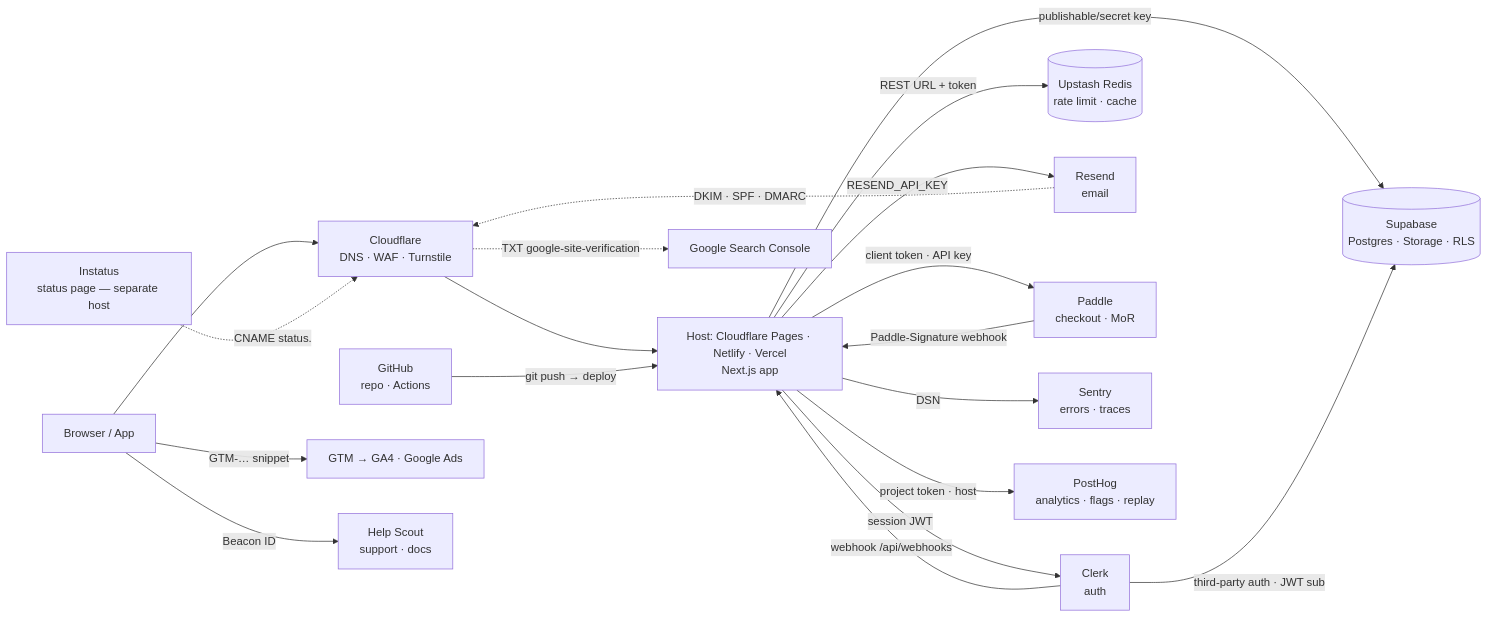
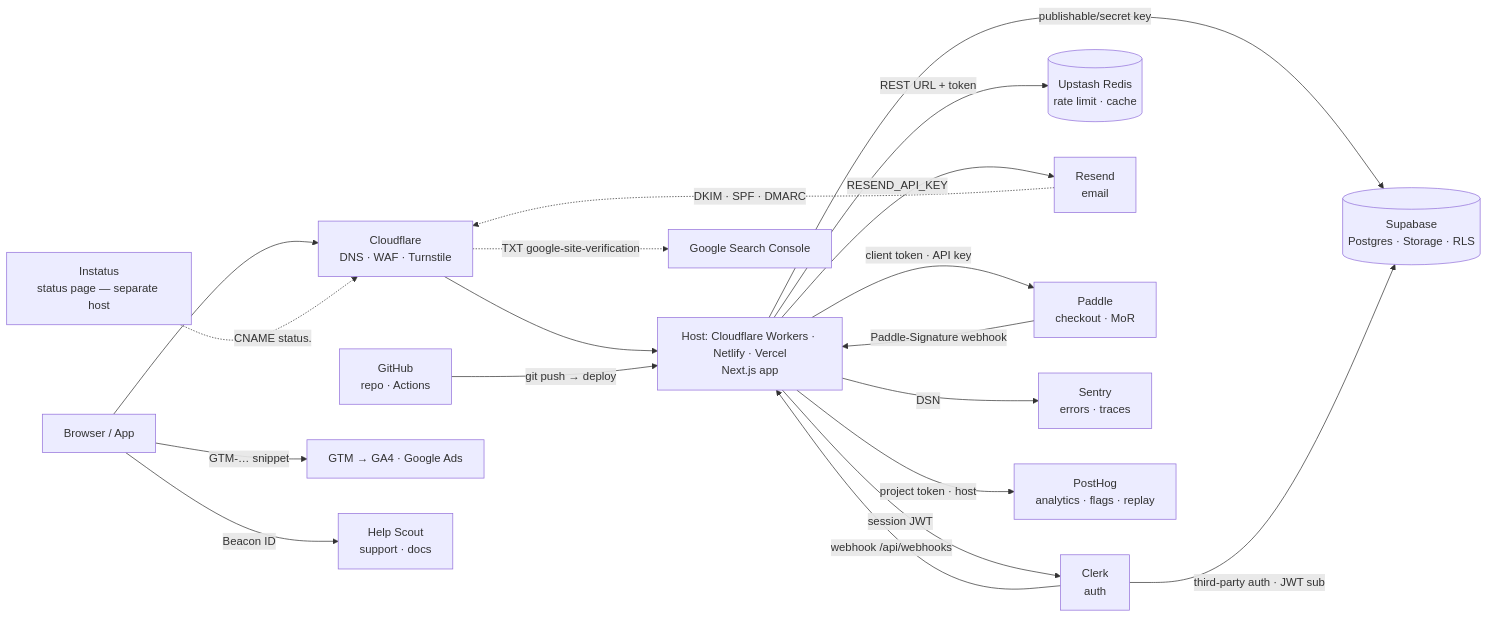
Before and after one commit to kikearciniegas/vibe-to-product: the diagram in skills/v2p/references/stack/overview.md, drawn with Mermaid. The commit also changed other lines of this file and 3 other files, not shown here.

Commit message:
Stack: Next.js on Cloudflare Workers (Pages only for static export); point overview to W28–W34

````diff
--- a/skills/v2p/references/stack/overview.md
+++ b/skills/v2p/references/stack/overview.md
@@ -79,21 +79,21 @@
 ```mermaid
 flowchart LR
   U[Browser / App] --> CF[Cloudflare<br/>DNS · WAF · Turnstile]
-  CF --> V[Host: Cloudflare Pages · Netlify · Vercel<br/>Next.js app]
+  CF --> V[Host: Cloudflare Workers · Netlify · Vercel<br/>Next.js app]
   GH[GitHub<br/>repo · Actions] -->|git push → deploy| V
   V -->|publishable/secret key| SB[(Supabase<br/>Postgres · Storage · RLS)]
   V -->|session JWT| CK[Clerk<br/>auth]
   CK -->|third-party auth · JWT sub| SB
   CK -->|webhook /api/webhooks| V
   V -->|REST URL + token| UP[(Upstash Redis<br/>rate limit · cache)]
   V -->|RESEND_API_KEY| RS[Resend<br/>email]
   RS -.->|DKIM · SPF · DMARC| CF
   V -->|client token · API key| PD[Paddle<br/>checkout · MoR]
   PD -->|Paddle-Signature webhook| V
   V -->|DSN| SE[Sentry<br/>errors · traces]
   V -->|project token · host| PH[PostHog<br/>analytics · flags · replay]
   U -->|GTM-… snippet| GT[GTM → GA4 · Google Ads]
   CF -.->|TXT google-site-verification| GSC[Google Search Console]
   U -->|Beacon ID| HS[Help Scout<br/>support · docs]
   ST[Instatus<br/>status page — separate host] -.->|CNAME status.| CF
 ```
````
